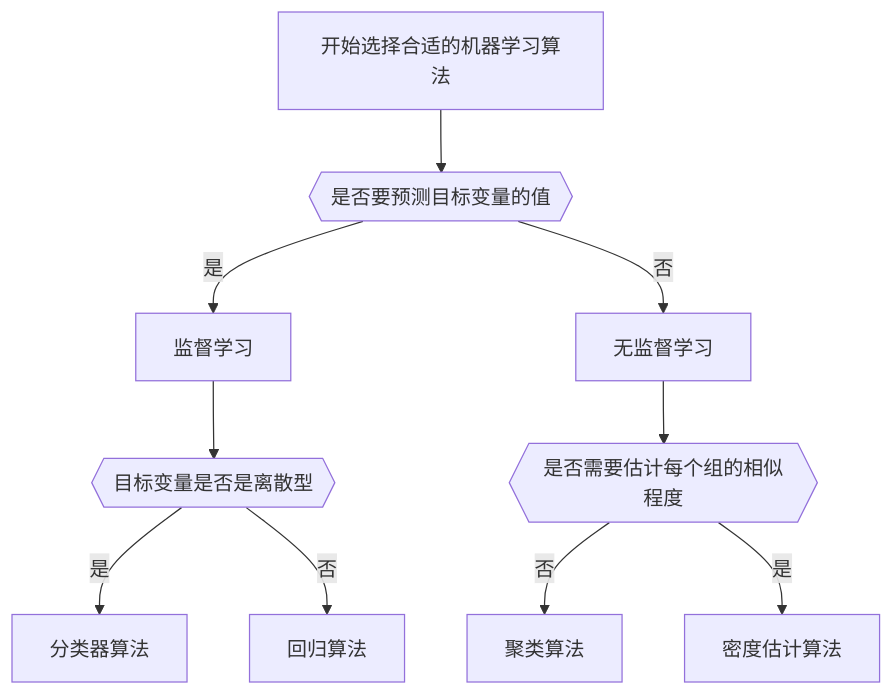
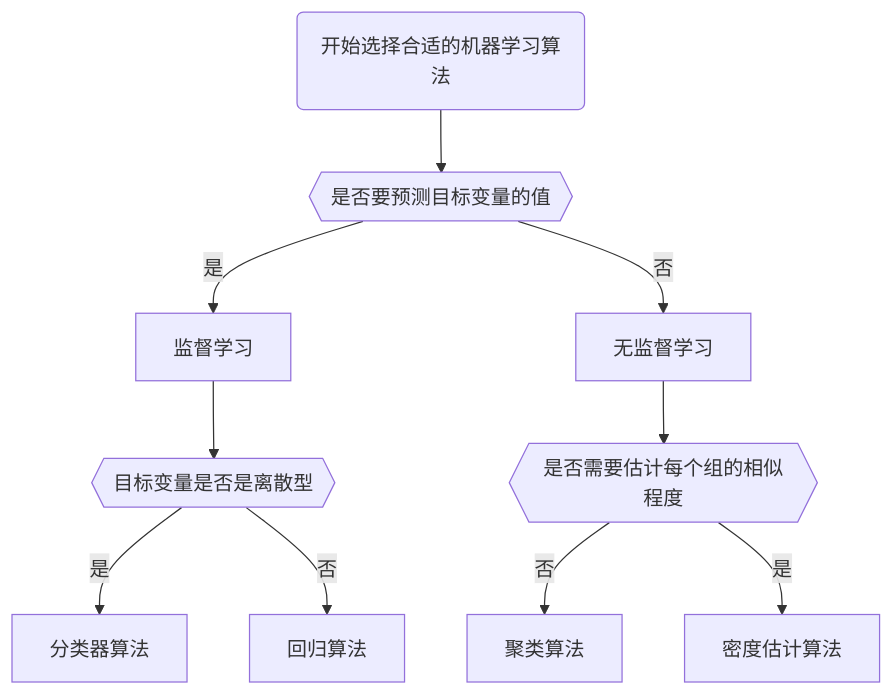
One commit to yuxiang660/learning-linux changed the first of 2 diagrams in ml_in_action/README.md. Above: the diagram before and after it, drawn with Mermaid. The commit also changed other lines of this file, not shown here.

````diff
--- a/ml_in_action/README.md
+++ b/ml_in_action/README.md
@@ -36,12 +36,12 @@
 ```mermaid
 flowchart TD;
-    A[开始选择合适的机器学习算法]-->B{{是否要预测目标变量的值}}
+    A(开始选择合适的机器学习算法)-->B{{是否要预测目标变量的值}}
     B--是-->C[监督学习]
     B--否-->D[无监督学习]
     C-->E{{目标变量是否是离散型}}
     E--是-->F[分类器算法]
     E--否-->G[回归算法]
     D-->H{{是否需要估计每个组的相似程度}}
     H--否-->I[聚类算法]
     H--是-->J[密度估计算法]
 ```
````
